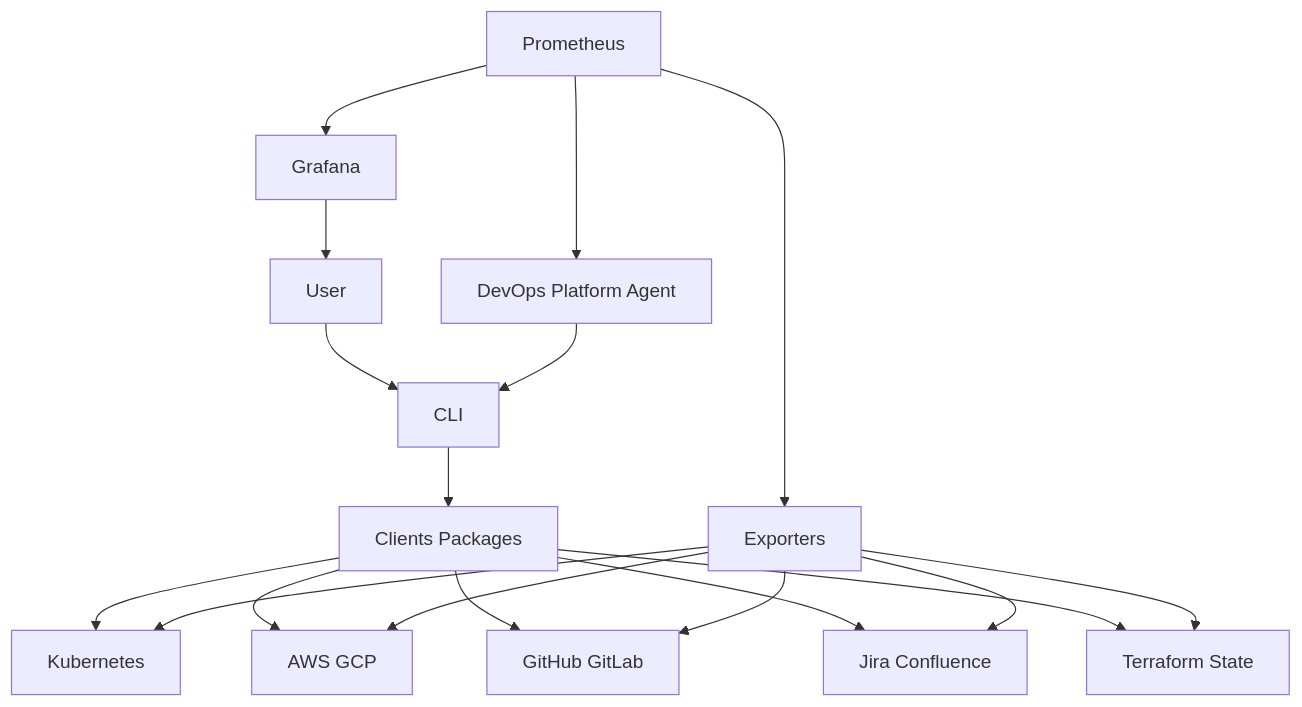
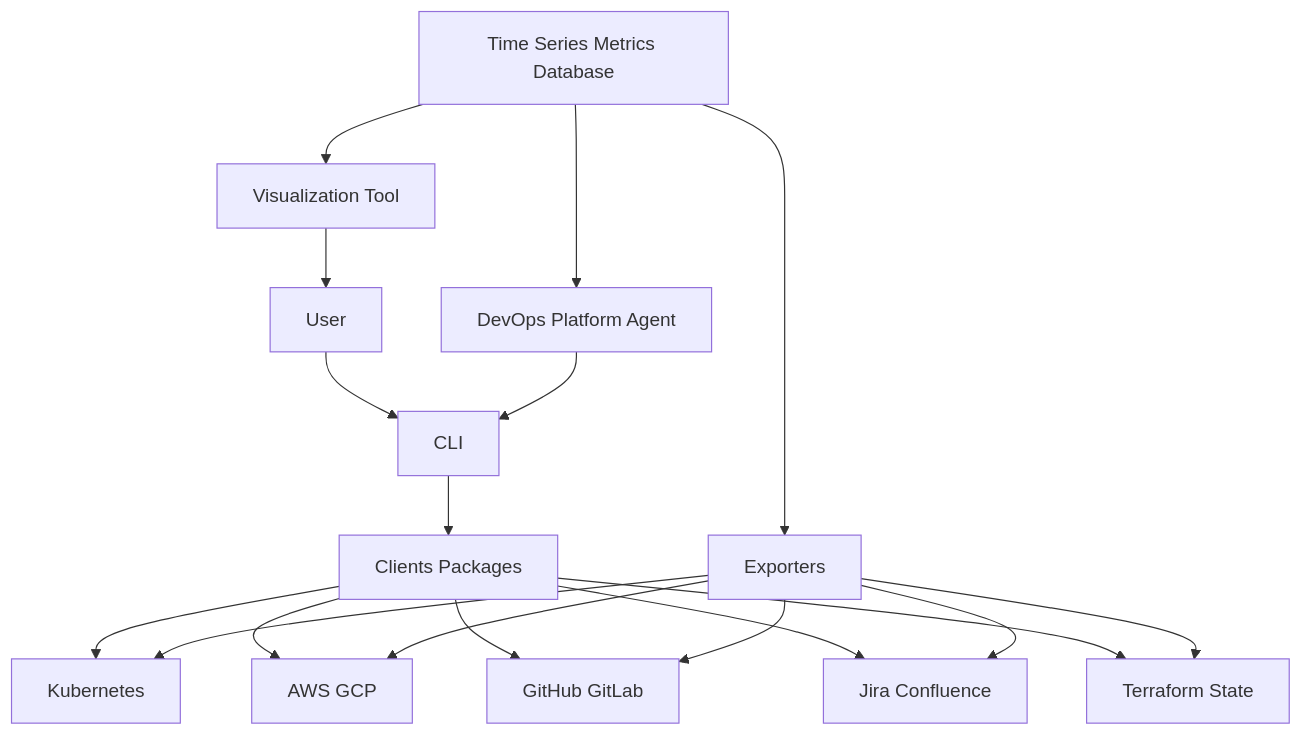
Before and after one commit to hazemataya94/hape-overview: the diagram in Architecture.md, drawn with Mermaid. The commit also changed other lines of this file, not shown here.

````diff
--- a/Architecture.md
+++ b/Architecture.md
@@ -66,20 +69,20 @@
 ```mermaid
 graph TD
   U[User] --> CLI[CLI]
   AG[DevOps Platform Agent] --> CLI
   CLI --> CP[Clients Packages]
-  P[Prometheus] --> EXP[Exporters]
-  P --> G[Grafana]
+  P[Time Series Metrics Database] --> EXP[Exporters]
+  P --> G[Visualization Tool]
   CP --> K[Kubernetes]
   CP --> CLOUD[AWS GCP]
   CP --> VCS[GitHub GitLab]
   CP --> WM[Jira Confluence]
   CP --> TF[Terraform State]
   EXP --> K
   EXP --> CLOUD
   EXP --> VCS
   EXP --> WM
   EXP --> TF
   G --> U
   P --> AG
 ```
````
